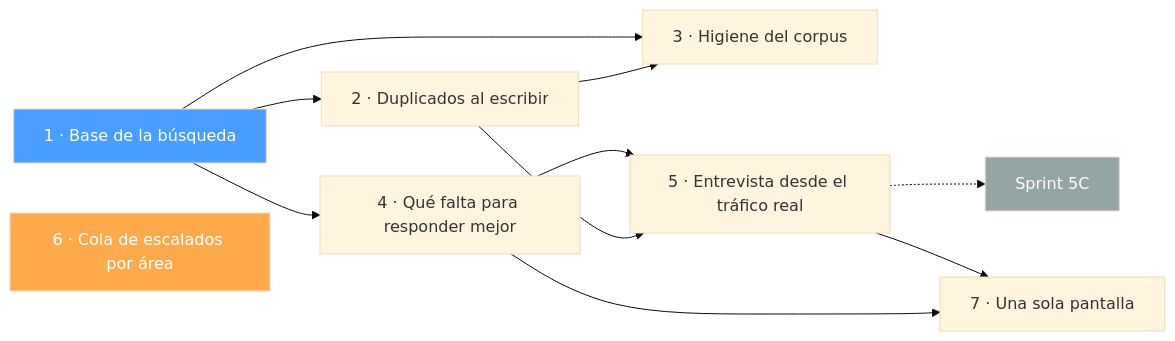
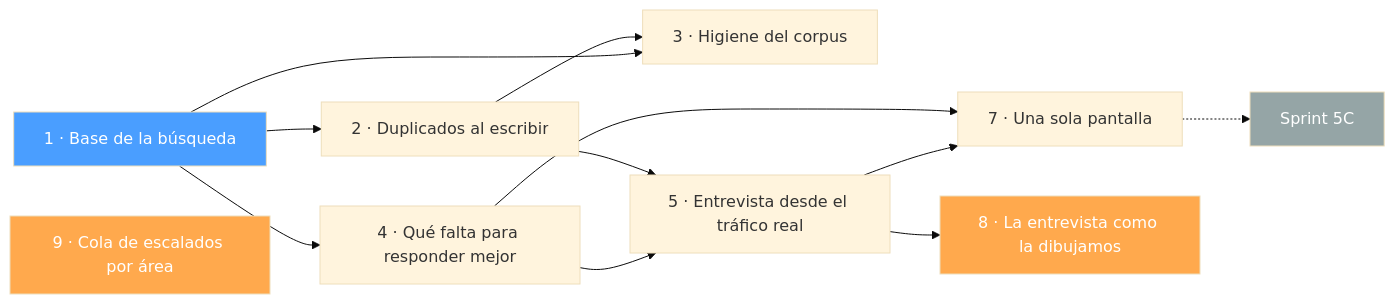
Before and after one commit to mauroarmas/TrimIA-Backend: the diagram in sprints/5B-conocimiento-confiable/README.md, drawn with Mermaid (base theme). The commit also changed other lines of this file and 14 other files, not shown here.

````diff
--- a/sprints/5B-conocimiento-confiable/README.md
+++ b/sprints/5B-conocimiento-confiable/README.md
@@ -21,16 +29,18 @@
 ```mermaid
 graph LR
     P1["1 · Base de la búsqueda"] --> P2["2 · Duplicados al escribir"]
     P1 --> P4["4 · Qué falta para responder mejor"]
     P2 --> P3["3 · Higiene del corpus"]
     P1 --> P3
     P2 --> P5["5 · Entrevista desde el tráfico real"]
     P4 --> P5
-    P5 -.-> S5C["Sprint 5C"]
     P4 --> P7["7 · Una sola pantalla"]
     P5 --> P7
-    P6["6 · Cola de escalados por área"]
+    P5 --> P8["8 · La entrevista como la dibujamos"]
+    P7 -.-> S5C["Sprint 5C"]
+    P9["9 · Cola de escalados por área"]
     style P1 fill:#4a9eff,color:white
-    style P6 fill:#ffa94d,color:white
+    style P8 fill:#ffa94d,color:white
+    style P9 fill:#ffa94d,color:white
     style S5C fill:#95a5a6,color:white
 ```
````
